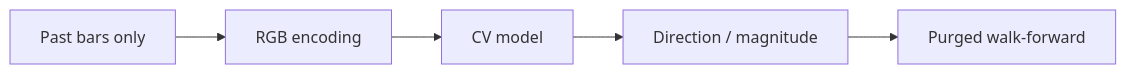
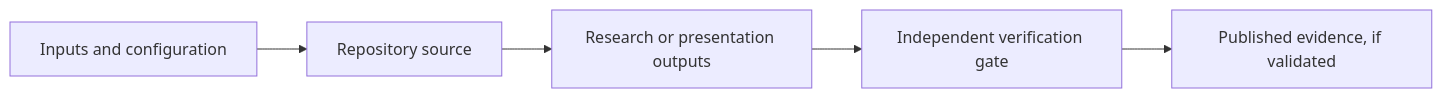
Before and after one commit to Shtenco/computer_vision_trading_metatrader_5: the diagram in README.md, drawn with Mermaid. The commit also changed other lines of this file and 2 other files, not shown here.

First line of the commit message:
docs: editorial README and vector architecture identity (#1)

````diff
--- a/README.md
+++ b/README.md
@@ -179,7 +27,7 @@
 ```mermaid
 flowchart LR
-    BARS[Past bars only] --> RGB[RGB encoding]
-    RGB --> CNN[CV model]
-    CNN --> PRED[Direction / magnitude]
-    PRED --> WF[Purged walk-forward]
+ A[Inputs and configuration] --> B[Repository source]
+ B --> C[Research or presentation outputs]
+ C --> D[Independent verification gate]
+ D --> E[Published evidence, if validated]
 ```
````
